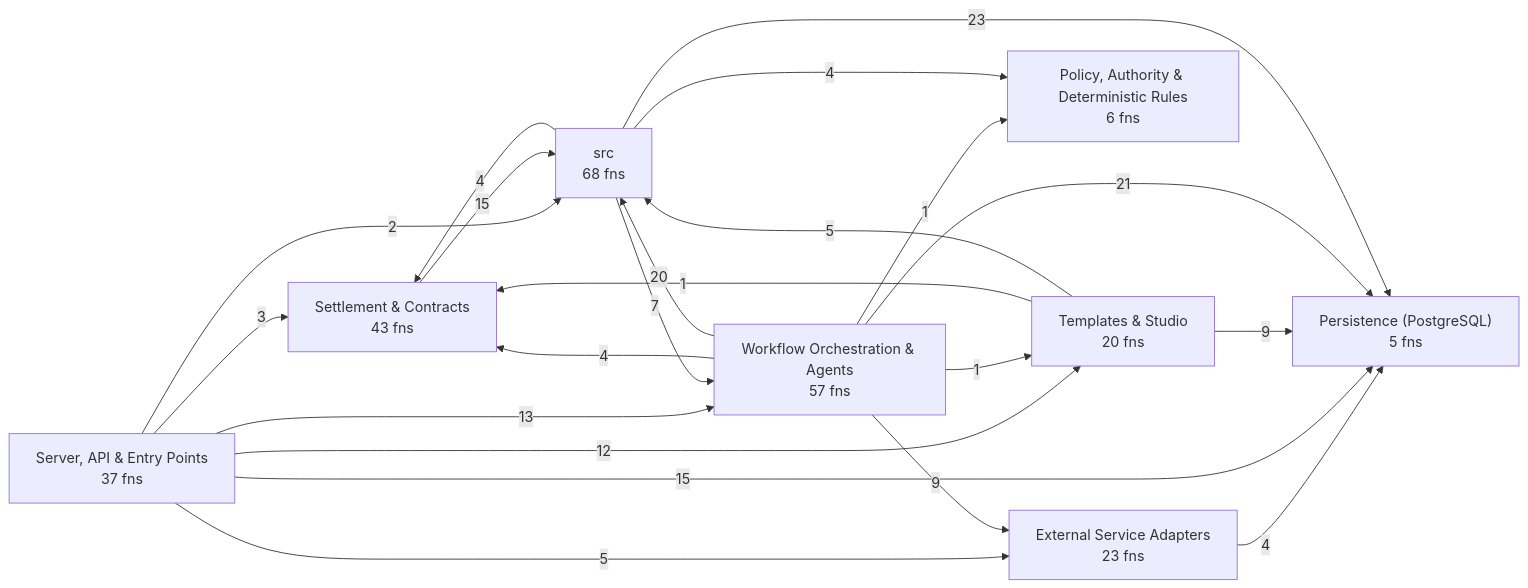
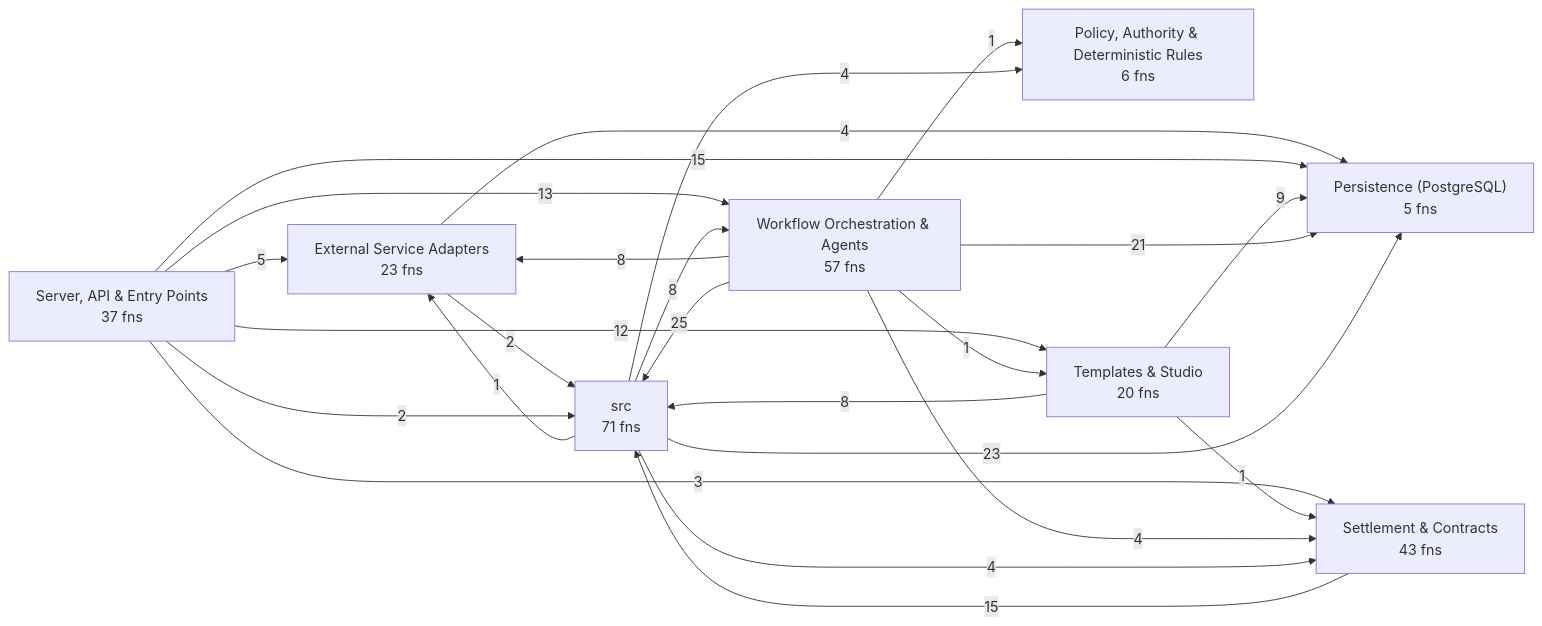
Before and after one commit to Jaydearcadian/bind: the first of 8 diagrams in docs/CODEBASE_MAP.md, drawn with Mermaid. The commit also changed other lines of this file and 17 other files, not shown here.

````diff
--- a/docs/CODEBASE_MAP.md
+++ b/docs/CODEBASE_MAP.md
@@ -12,32 +12,34 @@
 ```mermaid
 flowchart LR
   L0["External Service Adapters<br/>23 fns"]
   L1["Persistence (PostgreSQL)<br/>5 fns"]
   L2["Policy, Authority & Deterministic Rules<br/>6 fns"]
   L3["Server, API & Entry Points<br/>37 fns"]
   L4["Settlement & Contracts<br/>43 fns"]
   L5["Templates & Studio<br/>20 fns"]
   L6["Workflow Orchestration & Agents<br/>57 fns"]
-  L7["src<br/>68 fns"]
+  L7["src<br/>71 fns"]
   L0 -->|4| L1
+  L0 -->|2| L7
   L3 -->|5| L0
   L3 -->|15| L1
   L3 -->|3| L4
   L3 -->|12| L5
   L3 -->|13| L6
   L3 -->|2| L7
   L4 -->|15| L7
   L5 -->|9| L1
   L5 -->|1| L4
-  L5 -->|5| L7
-  L6 -->|9| L0
+  L5 -->|8| L7
+  L6 -->|8| L0
   L6 -->|21| L1
   L6 -->|1| L2
   L6 -->|4| L4
   L6 -->|1| L5
-  L6 -->|20| L7
+  L6 -->|25| L7
+  L7 -->|1| L0
   L7 -->|23| L1
   L7 -->|4| L2
   L7 -->|4| L4
-  L7 -->|7| L6
+  L7 -->|8| L6
 ```
````
